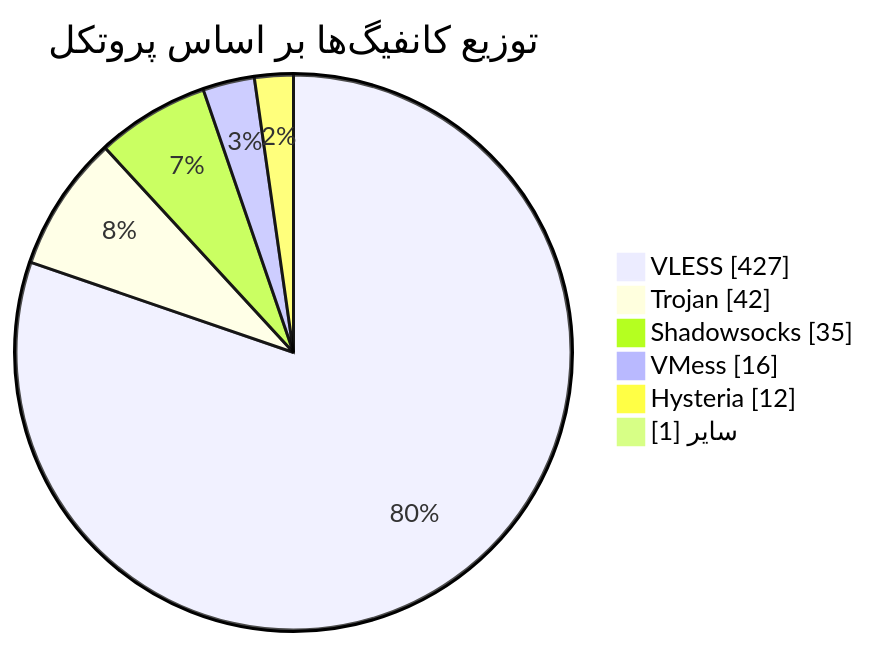
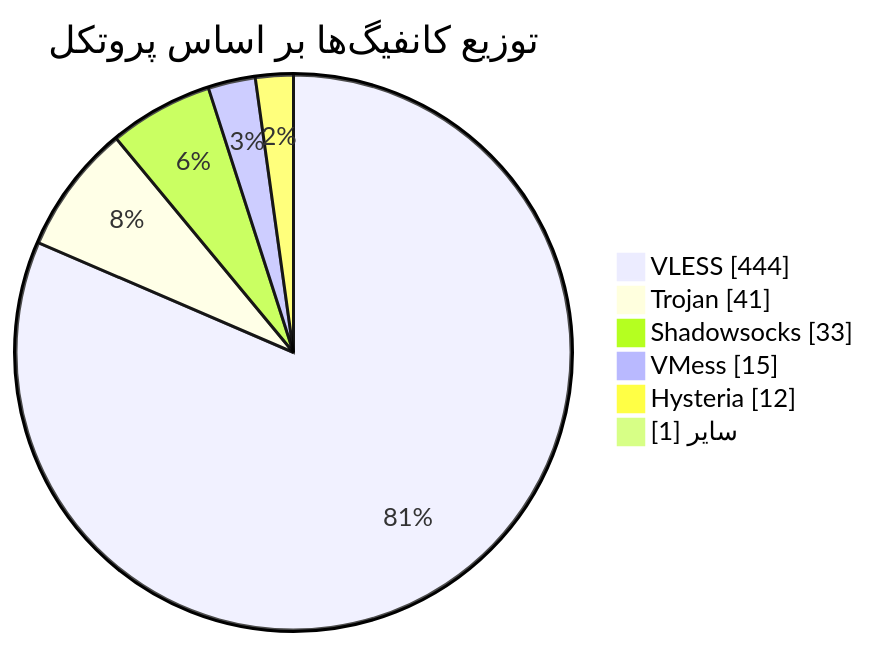
The diagram in README.md (Arian-Alijani/Somthing), drawn with Mermaid before and after one commit. The commit also changed other lines of this file and 71 other files, not shown here.

````diff
--- a/README.md
+++ b/README.md
@@ -48,10 +48,10 @@
 ```mermaid
 pie showData
     title توزیع کانفیگ‌ها بر اساس پروتکل
-    "VLESS" : 427
-    "Trojan" : 42
-    "Shadowsocks" : 35
-    "VMess" : 16
+    "VLESS" : 444
+    "Trojan" : 41
+    "Shadowsocks" : 33
+    "VMess" : 15
     "Hysteria" : 12
     "سایر" : 1
 ```
````
